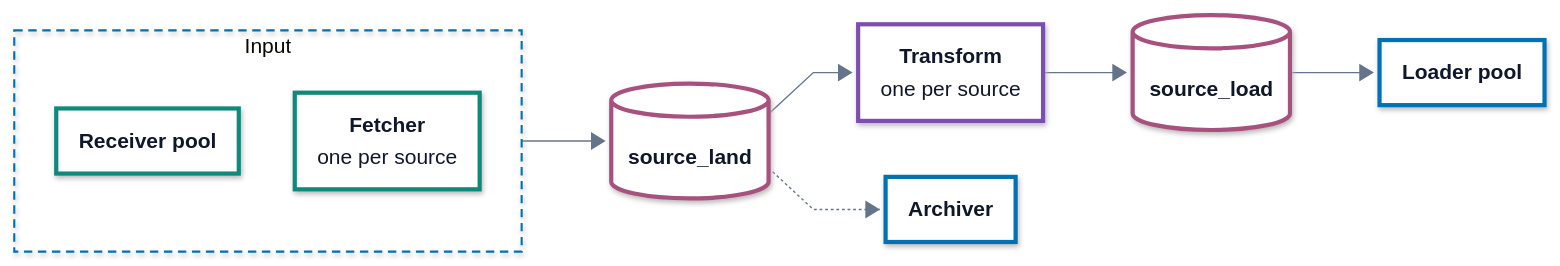
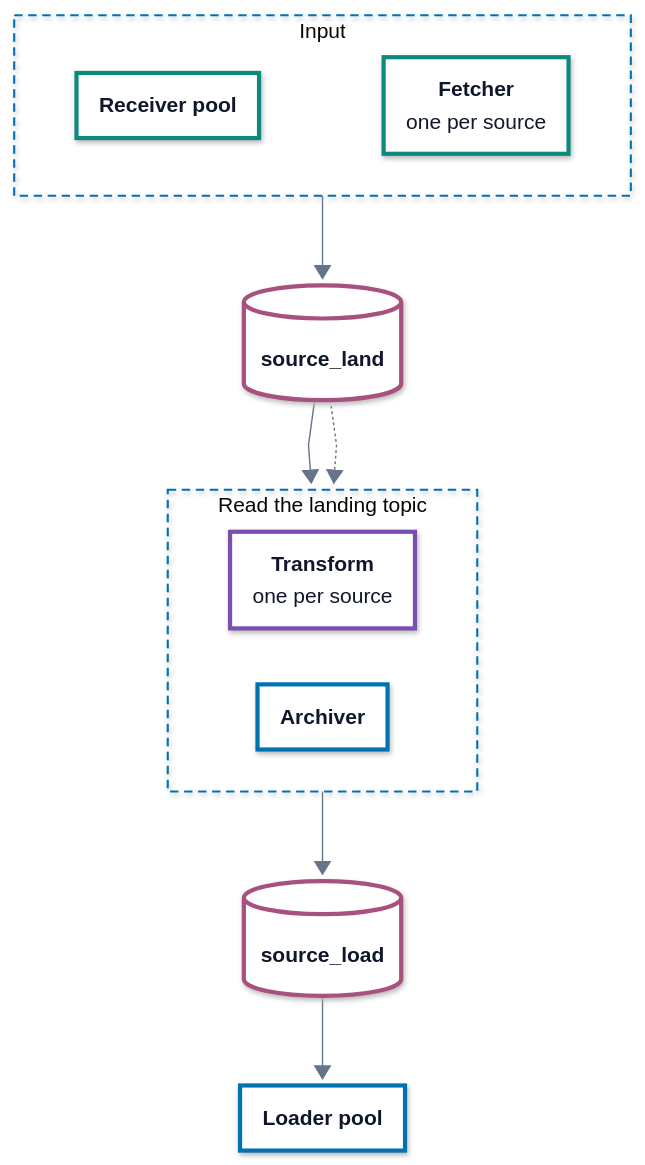
One commit to hyperi-io/dfe-engine changed the first of 3 diagrams in docs/data-plane/source-flow.md. Above: the diagram before and after it, drawn with Mermaid. The commit also changed other lines of this file and 32 other files, not shown here.

First line of the commit message:
docs(architecture): engine page to the standard, diagrams to 860 px (#1209)

````diff
--- a/docs/data-plane/source-flow.md
+++ b/docs/data-plane/source-flow.md
@@ -62,19 +62,24 @@
     .ui .label-icon{color:#D9480F}
     .ext .label-icon{color:#64748B}
 ---
-flowchart LR
+flowchart TB
   accTitle: L4 Detail -- Source flow on the bus
   accDescr: The receiver pool and the source's fetcher write the source's landing topic. The source's transform reads it and writes the transformed topic, which the loader pool reads. The archiver reads the landing topic.
 
   subgraph input["Input"]
+    direction LR
     receiver["<b>Receiver pool</b>"]
     fetcher["<b>Fetcher</b><br/><span>one per source</span>"]
+    receiver ~~~ fetcher
   end
 
   land[("<b>source_land</b>")]
 
-  transform["<b>Transform</b><br/><span>one per source</span>"]
-  archiver["<b>Archiver</b>"]
+  subgraph landreaders["Read the landing topic"]
+    direction LR
+    transform["<b>Transform</b><br/><span>one per source</span>"]
+    archiver["<b>Archiver</b>"]
+  end
 
   load[("<b>source_load</b>")]
 
@@ -85,6 +90,10 @@
   land -.-> archiver
   transform --> load
   load --> loader
+  class receiver,fetcher ingest
+  class transform xform
+  class archiver,loader load
+  class land,load bus
   classDef ext fill:#F4F6F8,stroke:#94A3B8,stroke-width:1.5px,stroke-dasharray:5 4,color:#0F172A
   classDef ingest fill:#FFFFFF,stroke:#0E8A7D,stroke-width:3px,color:#0F172A
   classDef xform fill:#FFFFFF,stroke:#7B4FB0,stroke-width:3px,color:#0F172A
@@ -96,9 +105,6 @@
   classDef error fill:#FFFFFF,stroke:#C2410C,stroke-width:3px,color:#0F172A
   classDef control fill:#FFFFFF,stroke:#334155,stroke-width:3px,color:#0F172A
   classDef part fill:#FFFFFF,stroke:#94A3B8,stroke-width:1.5px,color:#0F172A
-  class receiver,fetcher ingest
-  class transform xform
-  class archiver,loader load
-  class land,load bus
   style input fill:none,stroke:#0072B2,stroke-width:1.5px,stroke-dasharray:6 4
+  style landreaders fill:none,stroke:#0072B2,stroke-width:1.5px,stroke-dasharray:6 4
 ```
````
